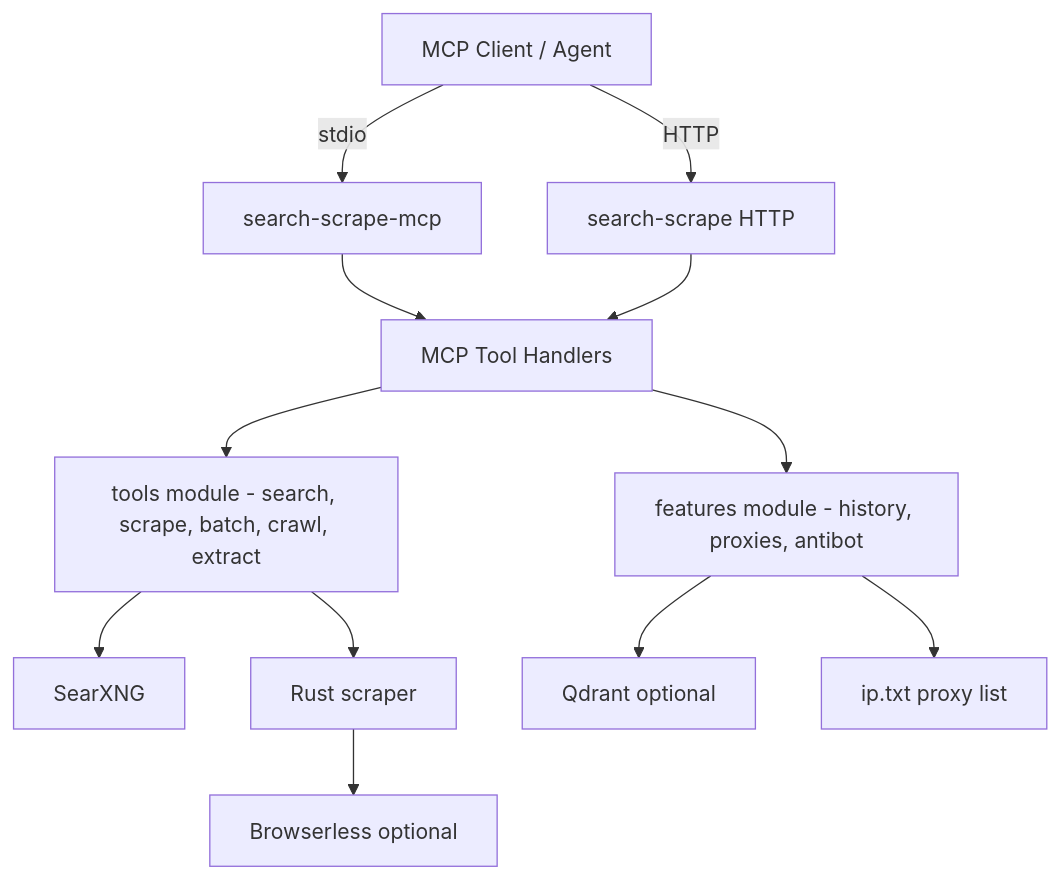
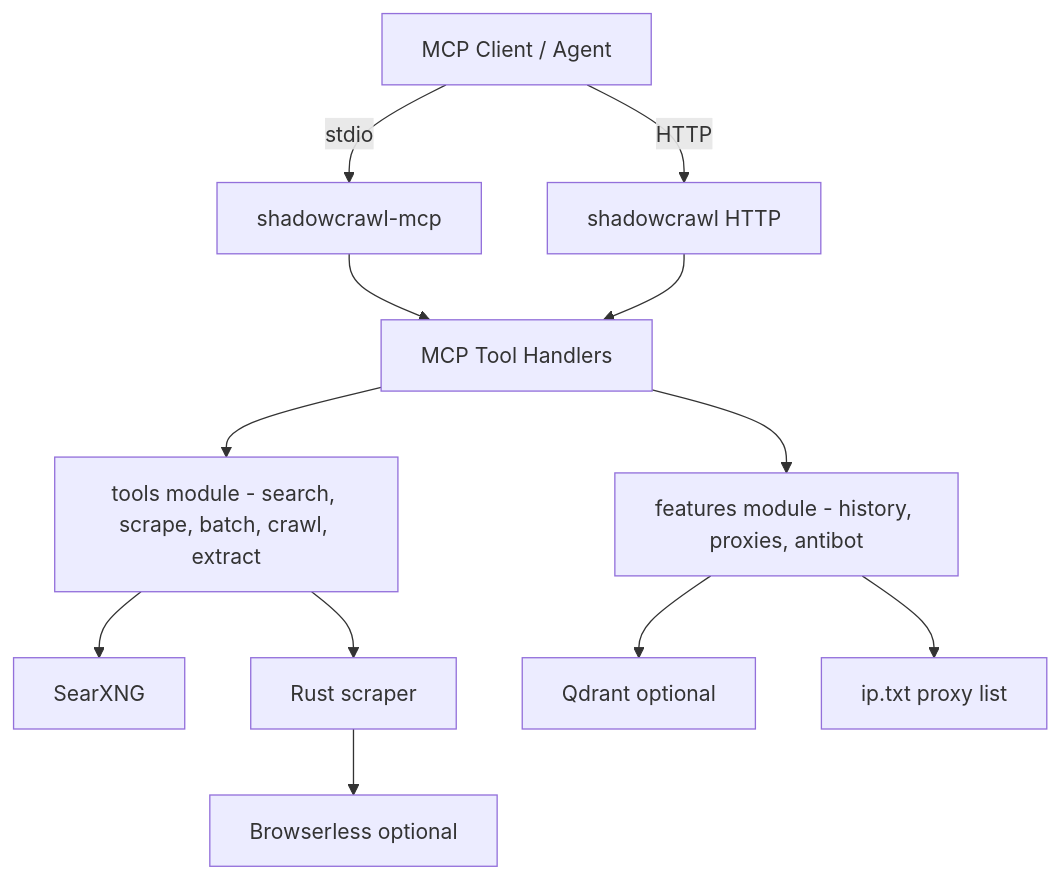
Before and after one commit to DevsHero/search-scrape: the diagram in README.md, drawn with Mermaid. The commit also changed other lines of this file and 21 other files, not shown here.

````diff
--- a/README.md
+++ b/README.md
@@ -50,14 +52,14 @@
 ```mermaid
 graph TD
-   A[MCP Client / Agent] -->|stdio| B[search-scrape-mcp]
-   A -->|HTTP| C[search-scrape HTTP]
+   A[MCP Client / Agent] -->|stdio| B[shadowcrawl-mcp]
+   A -->|HTTP| C[shadowcrawl HTTP]
    B --> D[MCP Tool Handlers]
    C --> D
    D --> E[tools module - search, scrape, batch, crawl, extract]
    D --> F[features module - history, proxies, antibot]
    E --> G[SearXNG]
    E --> H[Rust scraper]
    H --> K[Browserless optional]
    F --> I[Qdrant optional]
    F --> J[ip.txt proxy list]
 ```
````
